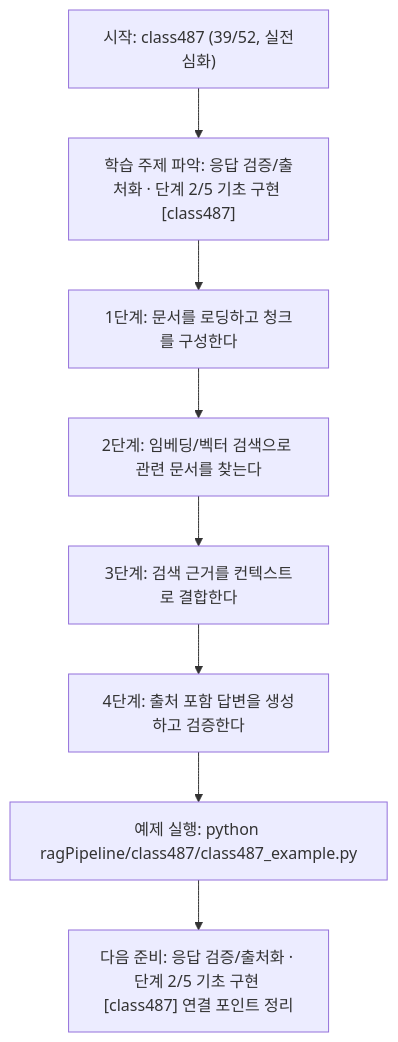
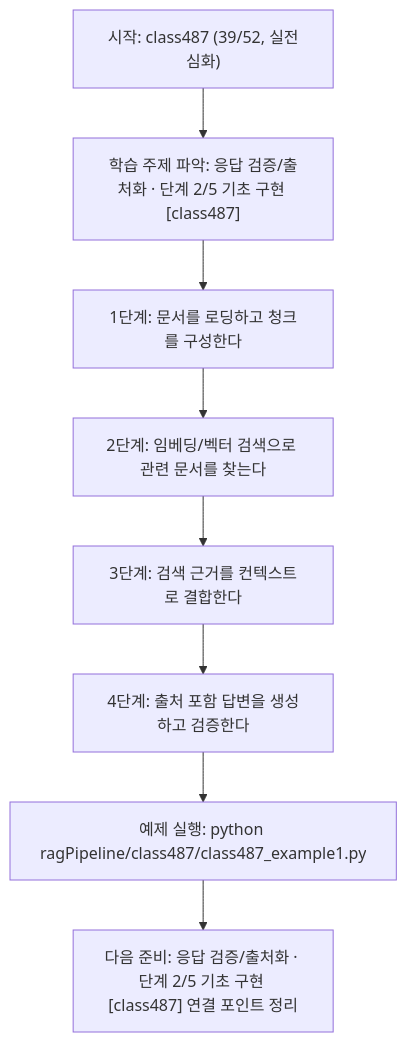
Before and after one commit to edumgt/Python-AI_Agent-Class: the diagram in ragPipeline/class487/class487.md, drawn with Mermaid. The commit also changed other lines of this file and 2959 other files, not shown here.

````diff
--- a/ragPipeline/class487/class487.md
+++ b/ragPipeline/class487/class487.md
@@ -111,18 +111,18 @@
 ```mermaid
 flowchart TD
 N1["시작: class487 (39/52, 실전심화)"]
 N2["학습 주제 파악: 응답 검증/출처화 · 단계 2/5 기초 구현 [class487]"]
 N3["1단계: 문서를 로딩하고 청크를 구성한다"]
 N4["2단계: 임베딩/벡터 검색으로 관련 문서를 찾는다"]
 N5["3단계: 검색 근거를 컨텍스트로 결합한다"]
 N6["4단계: 출처 포함 답변을 생성하고 검증한다"]
-N7["예제 실행: python ragPipeline/class487/class487_example.py"]
+N7["예제 실행: python ragPipeline/class487/class487_example1.py"]
 N8["다음 준비: 응답 검증/출처화 · 단계 2/5 기초 구현 [class487] 연결 포인트 정리"]
 N1 --> N2
 N2 --> N3
 N3 --> N4
 N4 --> N5
 N5 --> N6
 N6 --> N7
 N7 --> N8
 ```
````
